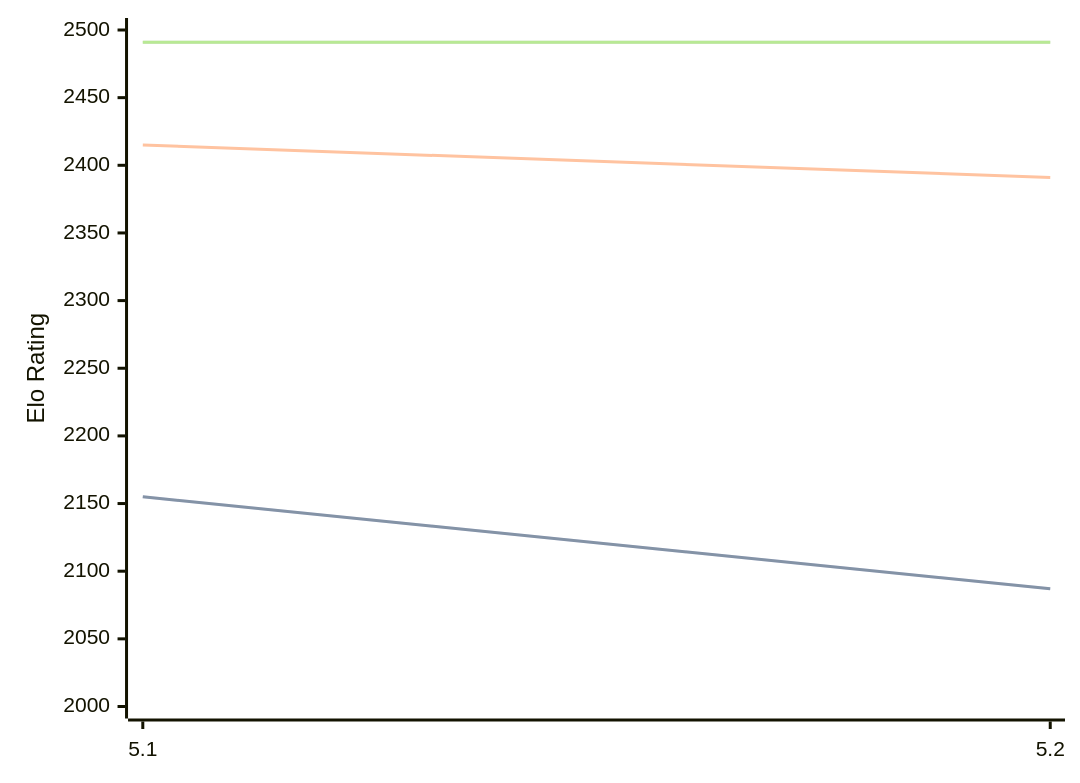
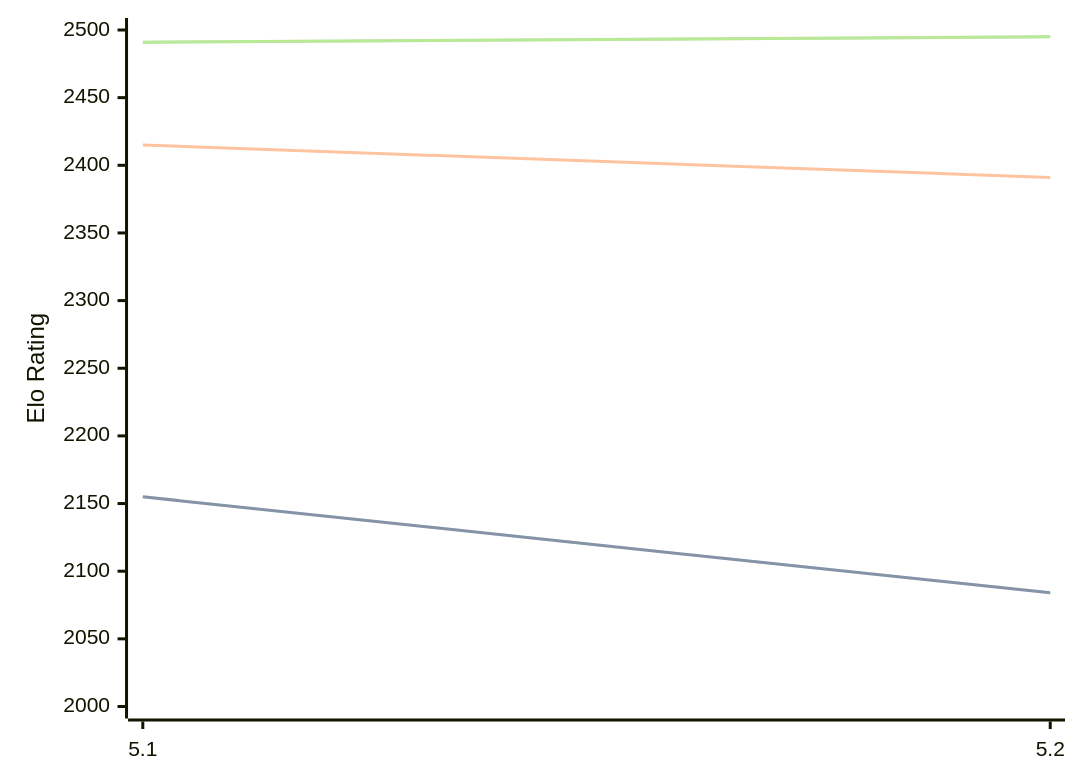
The third of 3 diagrams in engines/Prophet.md (computer-chess-index/cci), drawn with Mermaid before and after one commit. The commit also changed other lines of this file, not shown here.

Commit message:
Update CCI Ratings (ELO VLTC) - 2026-07-01

````diff
--- a/engines/Prophet.md
+++ b/engines/Prophet.md
@@ -71,11 +71,11 @@
 ```mermaid
 %%{init: {"theme":"base","themeVariables":{"seriesColors:['#a3a3a3','#222221','#faa371']}}}%%
 xychart-beta
   x-axis ["5.1", "5.2"]
   y-axis "Elo Rating" 2000 --> 2500
-  line "STC (8.0+0.08s)" [2155, 2087]
-  line "STC (8.0+0.08s)" [2155, 2087]
+  line "STC (8.0+0.08s)" [2155, 2084]
+  line "STC (8.0+0.08s)" [2155, 2084]
   line "LTC (60.0+0.60s)" [2415, 2391]
-  line "VLTC (2m24s+1.12s)" [2491, 2491]
-  line "VLTC (2m24s+1.12s)" [2491, 2491]
+  line "VLTC (2m24s+1.12s)" [2491, 2495]
+  line "VLTC (2m24s+1.12s)" [2491, 2495]
 ```
````
